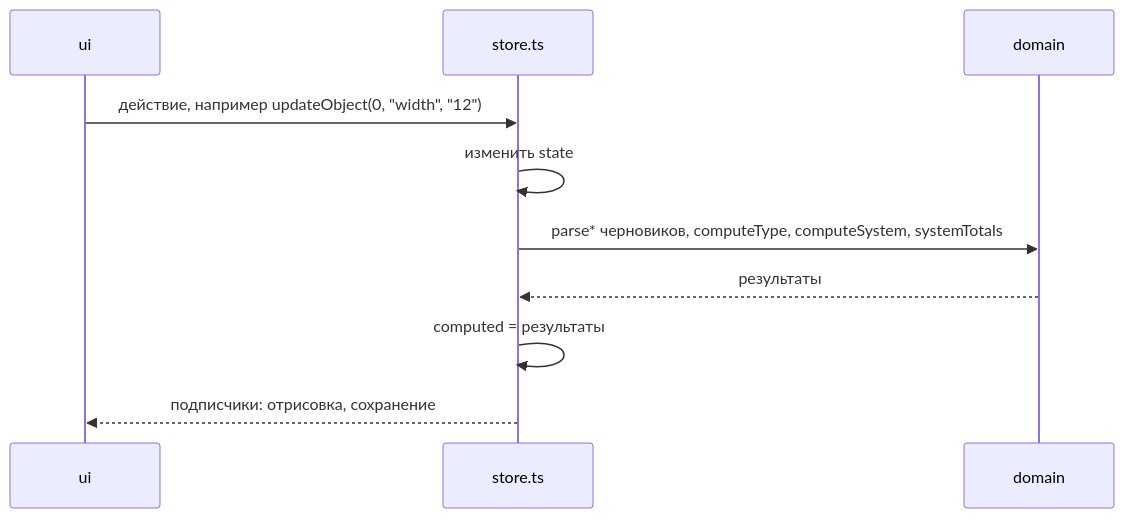
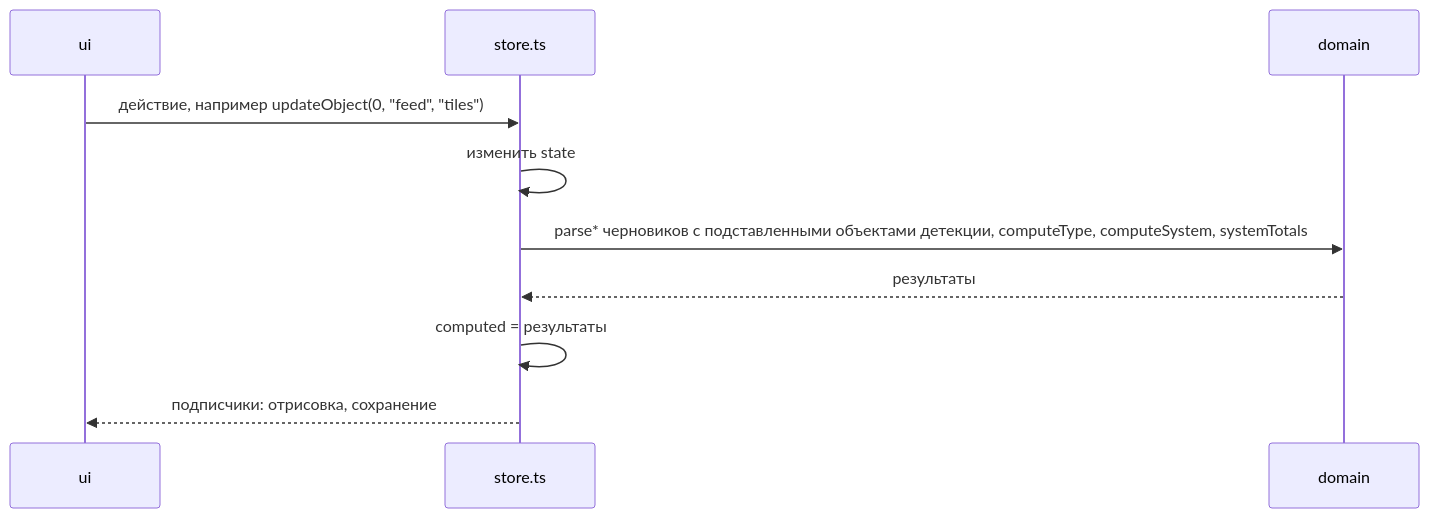
One commit to SergeyKrasnoslobodtsev/camera-calc changed the second of 2 diagrams in docs/architecture/modules/app.md. Above: the diagram before and after it, drawn with Mermaid. The commit also changed other lines of this file and 6 other files, not shown here.

````diff
--- a/docs/architecture/modules/app.md
+++ b/docs/architecture/modules/app.md
@@ -44,12 +46,12 @@
 ```mermaid
 sequenceDiagram
     participant U as ui
     participant S as store.ts
     participant D as domain
-    U->>S: действие, например updateObject(0, "width", "12")
+    U->>S: действие, например updateObject(0, "feed", "tiles")
     S->>S: изменить state
-    S->>D: parse* черновиков, computeType, computeSystem, systemTotals
+    S->>D: parse* черновиков с подставленными объектами детекции, computeType, computeSystem, systemTotals
     D-->>S: результаты
     S->>S: computed = результаты
     S-->>U: подписчики: отрисовка, сохранение
 ```
````
